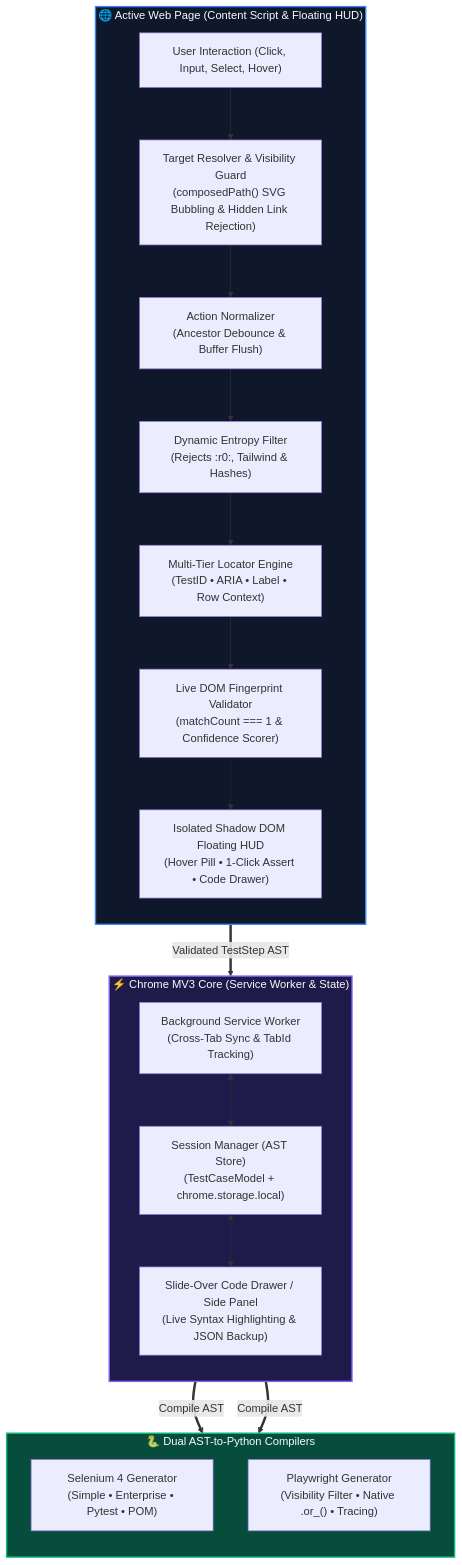
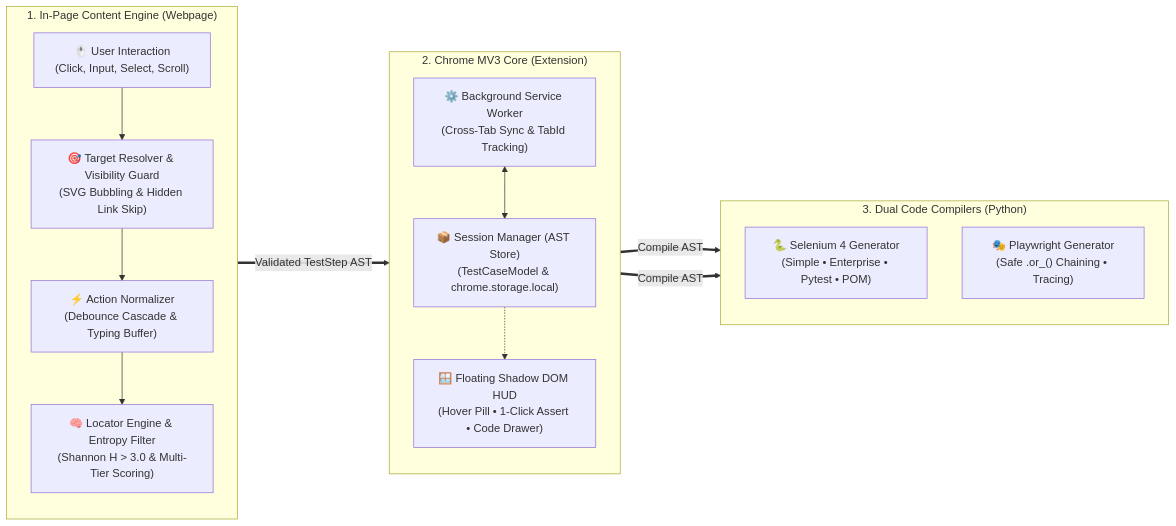
One commit to venkatesh01-t/chrome-driver changed the diagram in README.md. Above: the diagram before and after it, drawn with Mermaid. The commit also changed other lines of this file, not shown here.

````diff
--- a/README.md
+++ b/README.md
@@ -62,38 +64,29 @@
 ```mermaid
-flowchart TB
-    subgraph Browser["🌐 Active Web Page (Content Script & Floating HUD)"]
+flowchart LR
+    subgraph S1["1. In-Page Content Engine (Webpage)"]
         direction TB
-        DOM["User Interaction (Click, Input, Select, Hover)"]
-        BUBBLE["Target Resolver & Visibility Guard<br/>(composedPath() SVG Bubbling & Hidden Link Rejection)"]
-        NORM["Action Normalizer<br/>(Ancestor Debounce & Buffer Flush)"]
-        ENTROPY["Dynamic Entropy Filter<br/>(Rejects :r0:, Tailwind & Hashes)"]
-        ANCHOR["Multi-Tier Locator Engine<br/>(TestID • ARIA • Label • Row Context)"]
-        VAL["Live DOM Fingerprint Validator<br/>(matchCount === 1 & Confidence Scorer)"]
-        HUD["Isolated Shadow DOM Floating HUD<br/>(Hover Pill • 1-Click Assert • Code Drawer)"]
-
-        DOM --> BUBBLE --> NORM --> ENTROPY --> ANCHOR --> VAL
-        VAL -.-> HUD
+        DOM["🖱️ User Interaction<br/>(Click, Input, Select, Scroll)"]
+        RESOLVE["🎯 Target Resolver & Visibility Guard<br/>(SVG Bubbling & Hidden Link Skip)"]
+        NORM["⚡ Action Normalizer<br/>(Debounce Cascade & Typing Buffer)"]
+        LOC["🧠 Locator Engine & Entropy Filter<br/>(Shannon H > 3.0 & Multi-Tier Scoring)"]
+        DOM --> RESOLVE --> NORM --> LOC
     end
 
-    subgraph Extension["⚡ Chrome MV3 Core (Service Worker & State)"]
+    subgraph S2["2. Chrome MV3 Core (Extension)"]
         direction TB
-        SW["Background Service Worker<br/>(Cross-Tab Sync & TabId Tracking)"]
-        SM["Session Manager (AST Store)<br/>(TestCaseModel + chrome.storage.local)"]
-        UI["Slide-Over Code Drawer / Side Panel<br/>(Live Syntax Highlighting & JSON Backup)"]
-
-        SW <--> SM <--> UI
+        SW["⚙️ Background Service Worker<br/>(Cross-Tab Sync & TabId Tracking)"]
+        SM["📦 Session Manager (AST Store)<br/>(TestCaseModel & chrome.storage.local)"]
+        HUD["🪟 Floating Shadow DOM HUD<br/>(Hover Pill • 1-Click Assert • Code Drawer)"]
+        SW <--> SM
+        SM -.-> HUD
     end
 
-    subgraph Compiler["🐍 Dual AST-to-Python Compilers"]
+    subgraph S3["3. Dual Code Compilers (Python)"]
         direction TB
-        SEL["Selenium 4 Generator<br/>(Simple • Enterprise • Pytest • POM)"]
-        PW["Playwright Generator<br/>(Visibility Filter • Native .or_() • Tracing)"]
+        SEL["🐍 Selenium 4 Generator<br/>(Simple • Enterprise • Pytest • POM)"]
+        PW["🎭 Playwright Generator<br/>(Safe .or_() Chaining • Tracing)"]
     end
 
-    VAL ==>|"Validated TestStep AST"| SW
-    UI ==>|"Compile AST"| SEL & PW
-
-    style Browser fill:#0f172a,stroke:#3b82f6,stroke-width:2px,color:#f8fafc
-    style Extension fill:#1e1b4b,stroke:#8b5cf6,stroke-width:2px,color:#f8fafc
-    style Compiler fill:#064e3b,stroke:#10b981,stroke-width:2px,color:#f8fafc
+    LOC ==>|"Validated TestStep AST"| SW
+    SM ==>|"Compile AST"| SEL & PW
 ```
````
